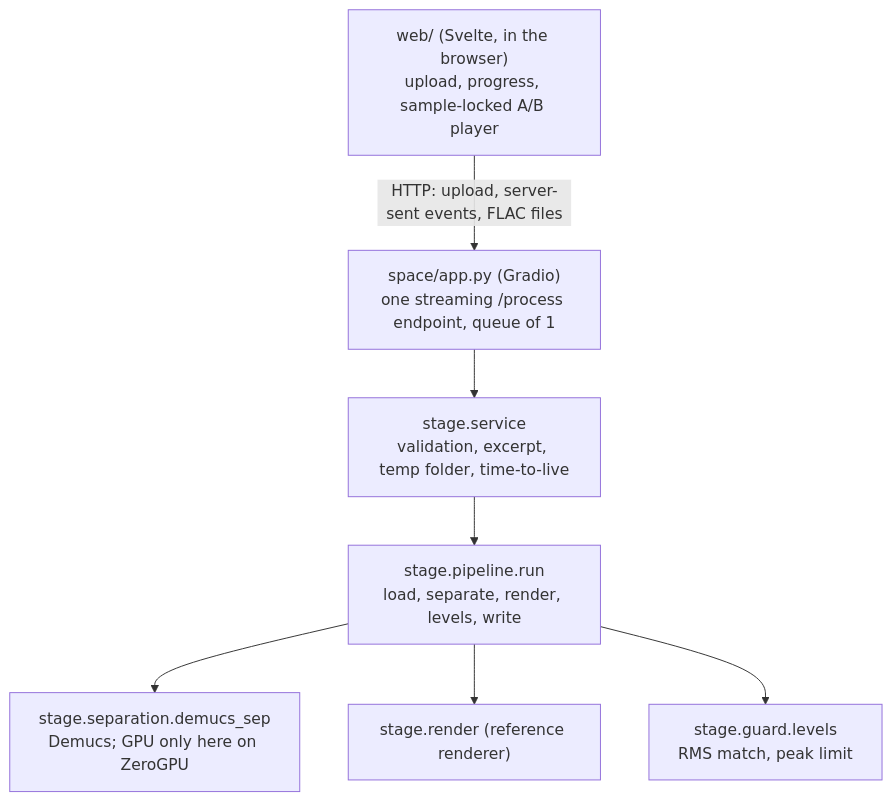
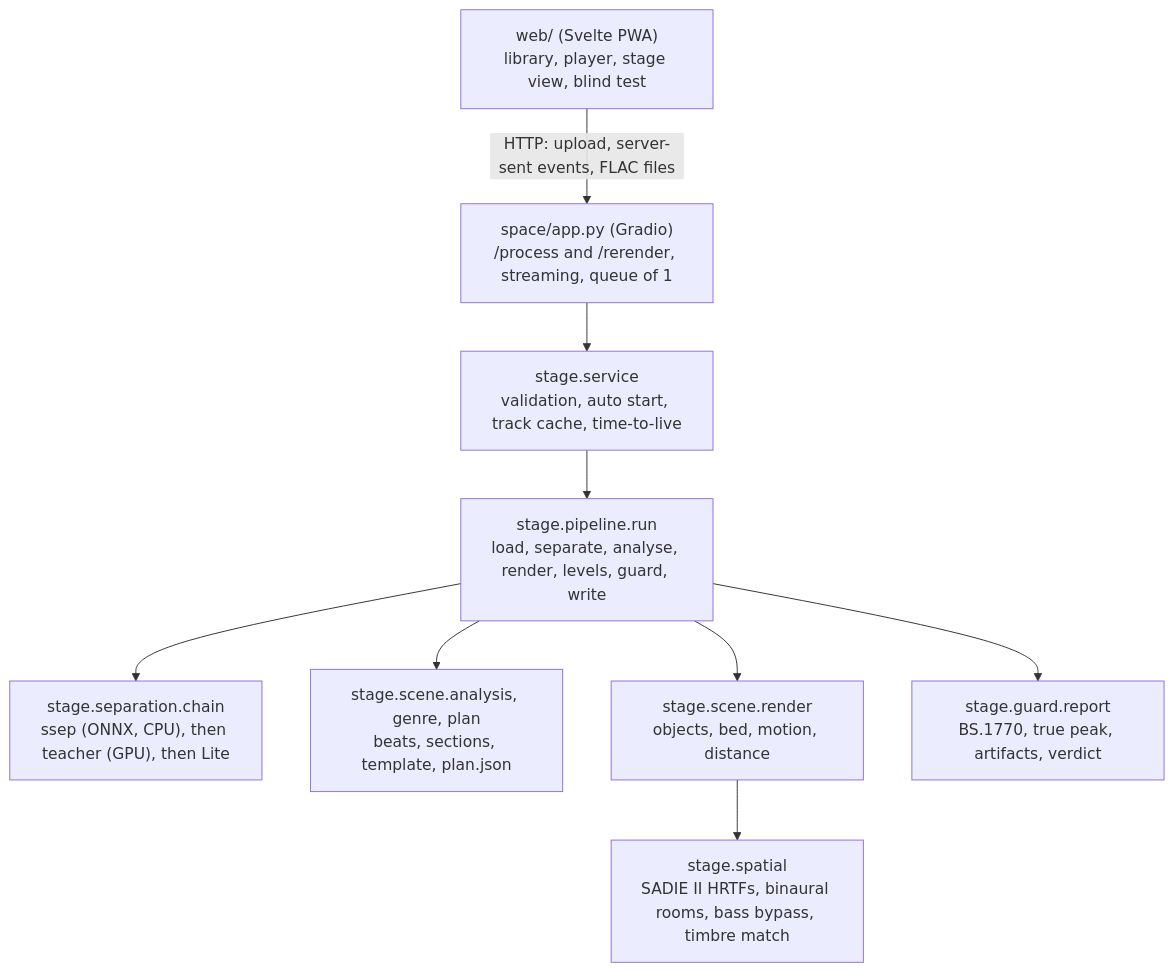
One commit to danielomoteshohacks/stage-spatial-audio changed the second of 2 diagrams in docs/architecture.md. Above: the diagram before and after it, drawn with Mermaid. The commit also changed other lines of this file and 5 other files, not shown here.

Commit message:
docs: decision 0021, benchmark results, architecture, roadmap and README for v2

````diff
--- a/docs/architecture.md
+++ b/docs/architecture.md
@@ -42,15 +42,18 @@
 ```mermaid
 flowchart TB
-    W["web/ (Svelte, in the browser)<br/>upload, progress, sample-locked A/B player"]
-    G["space/app.py (Gradio)<br/>one streaming /process endpoint, queue of 1"]
-    S["stage.service<br/>validation, excerpt, temp folder, time-to-live"]
-    P["stage.pipeline.run<br/>load, separate, render, levels, write"]
-    D["stage.separation.demucs_sep<br/>Demucs; GPU only here on ZeroGPU"]
-    R["stage.render (reference renderer)"]
-    L["stage.guard.levels<br/>RMS match, peak limit"]
+    W["web/ (Svelte PWA)<br/>library, player, stage view, blind test"]
+    G["space/app.py (Gradio)<br/>/process and /rerender, streaming, queue of 1"]
+    S["stage.service<br/>validation, auto start, track cache, time-to-live"]
+    P["stage.pipeline.run<br/>load, separate, analyse, render, levels, guard, write"]
+    C["stage.separation.chain<br/>ssep (ONNX, CPU), then teacher (GPU), then Lite"]
+    A["stage.scene.analysis, genre, plan<br/>beats, sections, template, plan.json"]
+    R["stage.scene.render<br/>objects, bed, motion, distance"]
+    H["stage.spatial<br/>SADIE II HRTFs, binaural rooms, bass bypass, timbre match"]
+    Q["stage.guard.report<br/>BS.1770, true peak, artifacts, verdict"]
     W -- "HTTP: upload, server-sent events, FLAC files" --> G
     G --> S --> P
-    P --> D
-    P --> R
-    P --> L
+    P --> C
+    P --> A
+    P --> R --> H
+    P --> Q
 ```
````
